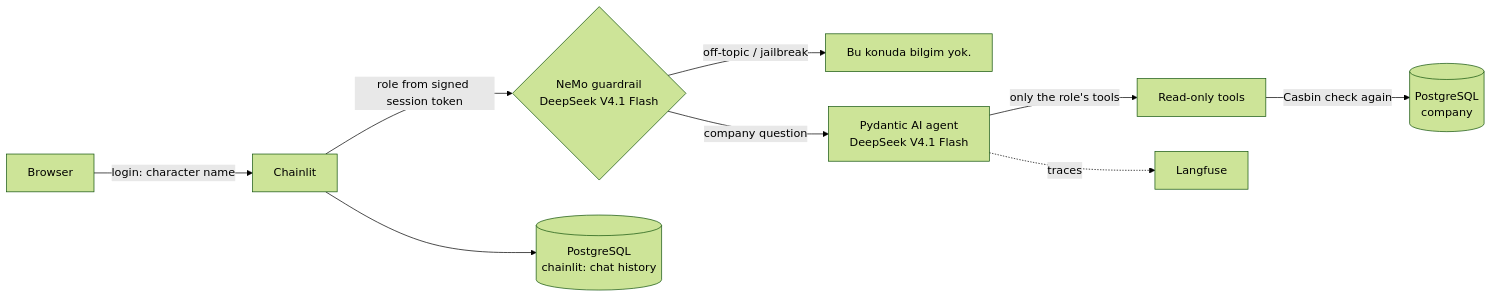
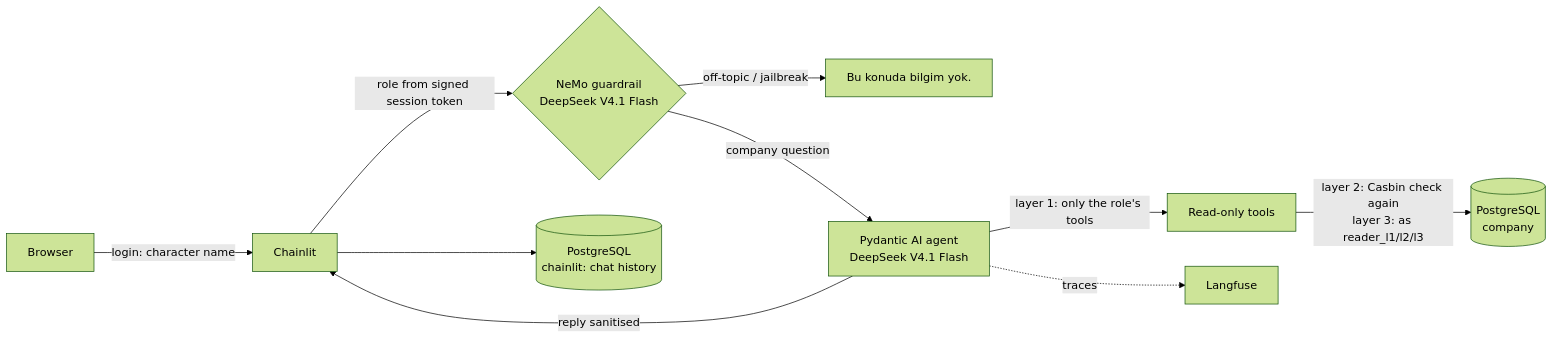
The diagram in README.md (anilsrml/role-based-llm), drawn with Mermaid (forest theme) before and after one commit. The commit also changed other lines of this file and 3 other files, not shown here.

Commit message:
Add screenshots, show all three layers in the diagram, add MIT license

````diff
--- a/README.md
+++ b/README.md
@@ -19,11 +25,12 @@
 ```mermaid
 flowchart LR
     U[Browser] -->|login: character name| C[Chainlit]
     C -->|role from signed session token| G{NeMo guardrail<br/>DeepSeek V4.1 Flash}
     G -->|off-topic / jailbreak| R["Bu konuda bilgim yok."]
     G -->|company question| A[Pydantic AI agent<br/>DeepSeek V4.1 Flash]
-    A -->|only the role's tools| T[Read-only tools]
-    T -->|Casbin check again| DB[(PostgreSQL<br/>company)]
+    A -->|layer 1: only the role's tools| T[Read-only tools]
+    T -->|"layer 2: Casbin check again<br/>layer 3: as reader_l1/l2/l3"| DB[(PostgreSQL<br/>company)]
+    A -->|reply sanitised| C
     C --> H[(PostgreSQL<br/>chainlit: chat history)]
     A -.traces.-> L[Langfuse]
 ```
````
